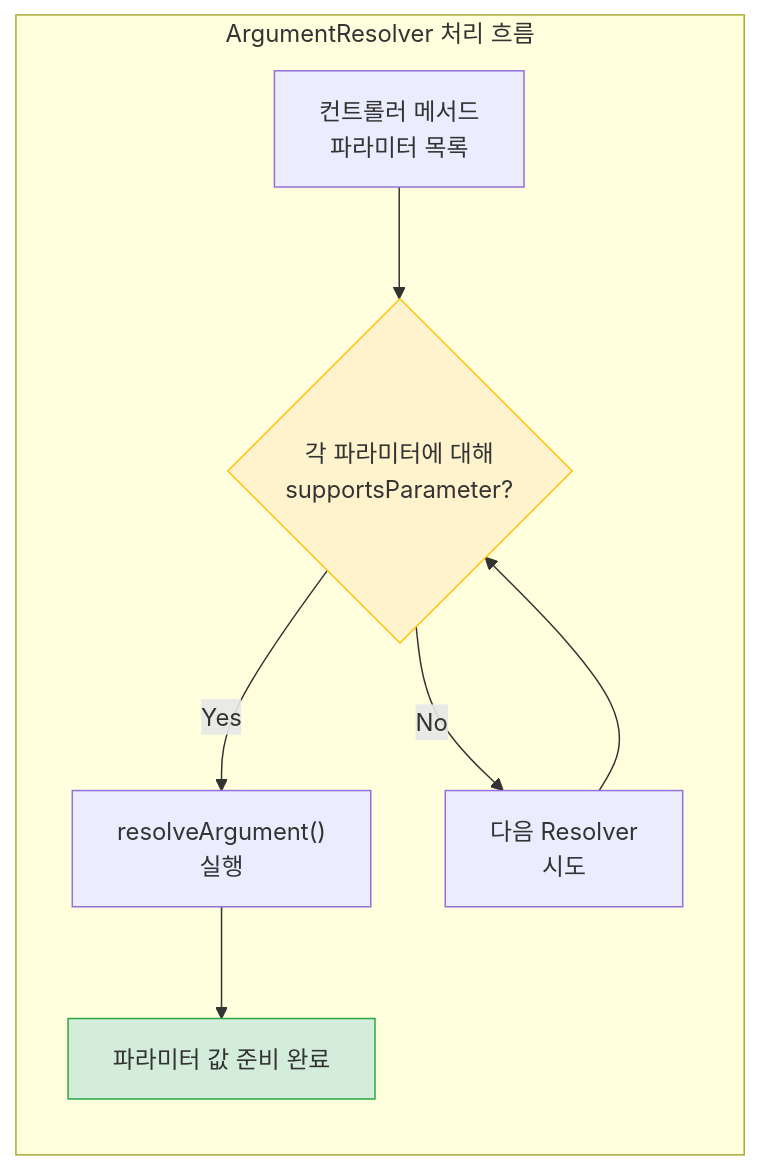
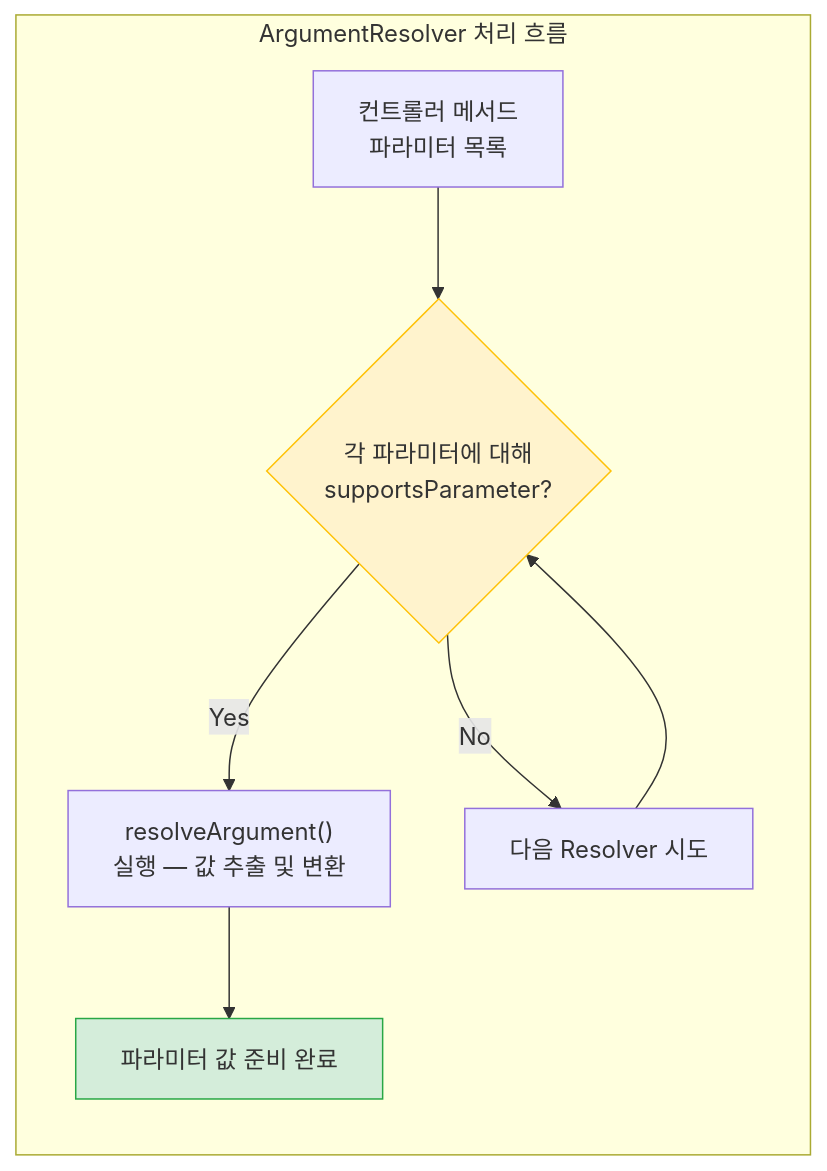
The fifth of 10 diagrams in _posts/spring/2026-05-02-spring-mvc-deep.md (yjkim2015/yjkim2015.github.io), drawn with Mermaid before and after one commit. The commit also changed other lines of this file and 92 other files, not shown here.

First line of the commit message:
Major quality rewrite: 98 files, Mermaid fix, extreme-scenario component

````diff
--- a/_posts/spring/2026-05-02-spring-mvc-deep.md
+++ b/_posts/spring/2026-05-02-spring-mvc-deep.md
@@ -339,15 +320,15 @@
 ```mermaid
 graph LR
     subgraph "ArgumentResolver 처리 흐름"
         A["컨트롤러 메서드\n파라미터 목록"] --> B{"각 파라미터에 대해\nsupportsParameter?"}
-        B -->|"Yes"| C["resolveArgument()\n실행"]
-        B -->|"No"| D["다음 Resolver\n시도"]
+        B -->|"Yes"| C["resolveArgument()\n실행 — 값 추출 및 변환"]
+        B -->|"No"| D["다음 Resolver 시도"]
         C --> E["파라미터 값 준비 완료"]
         D --> B
     end
 
     classDef check fill:#fff3cd,stroke:#ffc107
     classDef ok fill:#d4edda,stroke:#28a745
     class B check
     class E ok
 ```
````
